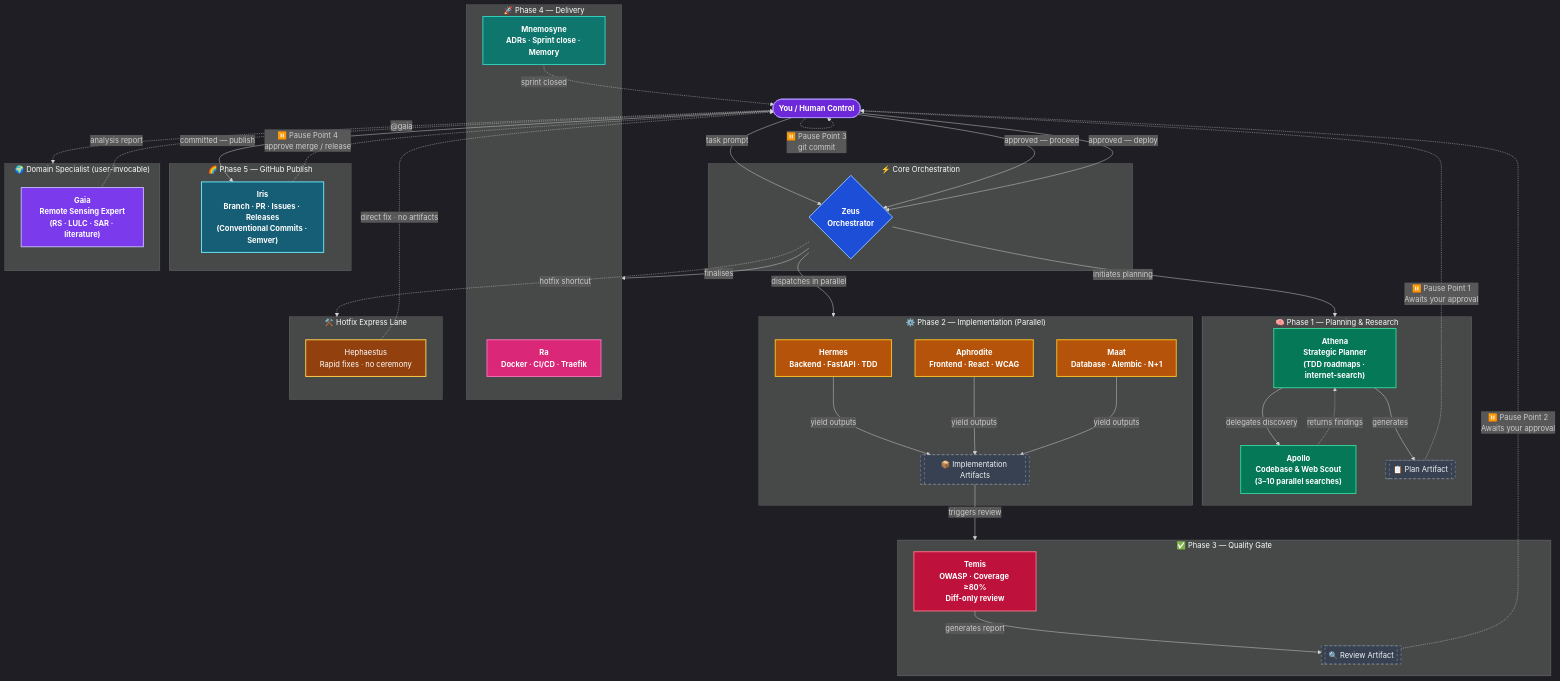
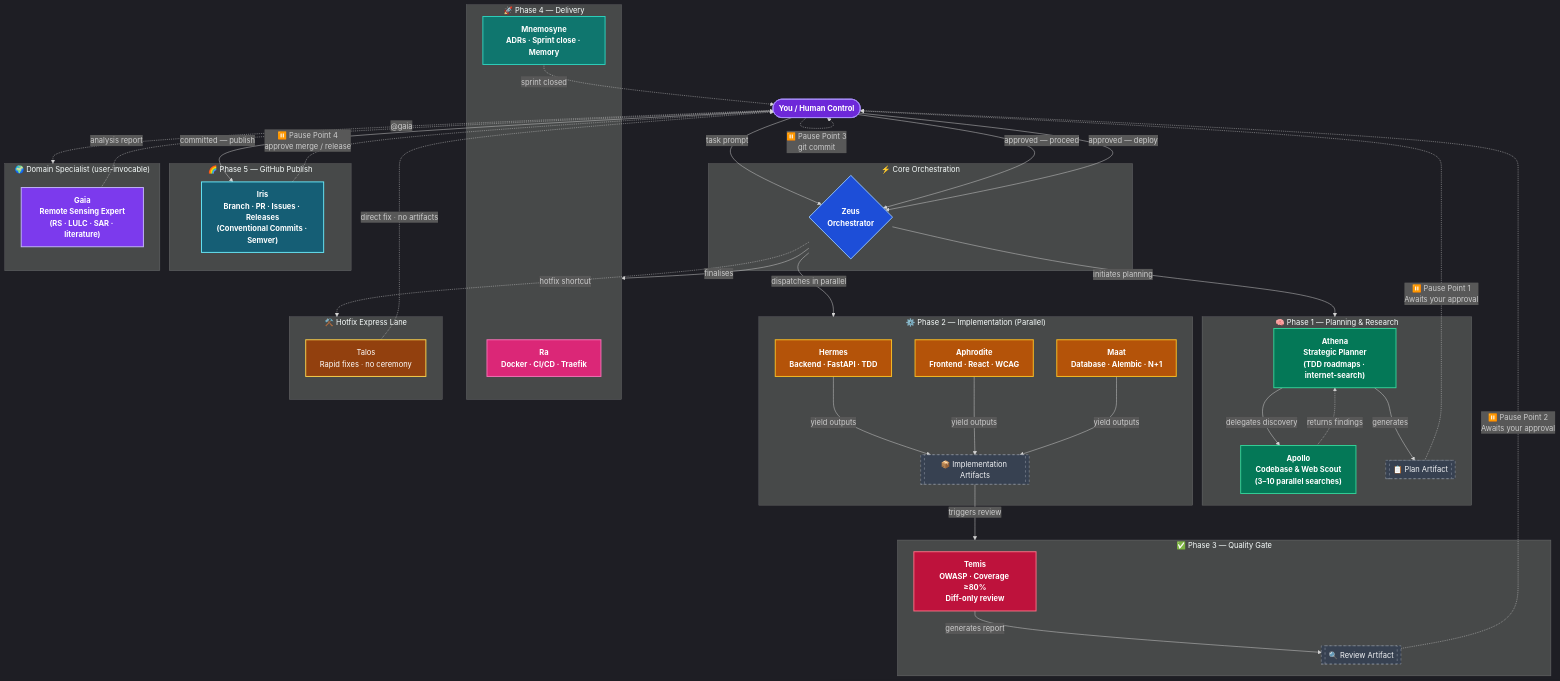
The first of 2 diagrams in README.md (ils15/pantheon), drawn with Mermaid before and after one commit. The commit also changed other lines of this file and 6 other files, not shown here.

First line of the commit message:
chore(agents): rename Hephaestus → Talos for easier invocation

```diff
--- a/README.md
+++ b/README.md
@@ -96,7 +96,7 @@
     end
 
     subgraph Bypass["⚒️ Hotfix Express Lane"]
-        Hephaestus["Hephaestus<br/>Rapid fixes · no ceremony"]:::hotfix
+        Talos["Talos<br/>Rapid fixes · no ceremony"]:::hotfix
     end
 
     subgraph DS["🌍 Domain Specialist (user-invocable)"]
@@ -123,7 +123,7 @@
 
     %% Bypass paths
     Zeus -.->|"hotfix shortcut"| Bypass
-    Hephaestus -.->|"direct fix · no artifacts"| User
+    Talos -.->|"direct fix · no artifacts"| User
 
     %% Domain specialist (direct invocation only)
     User -.->|"@gaia"| DS
```
